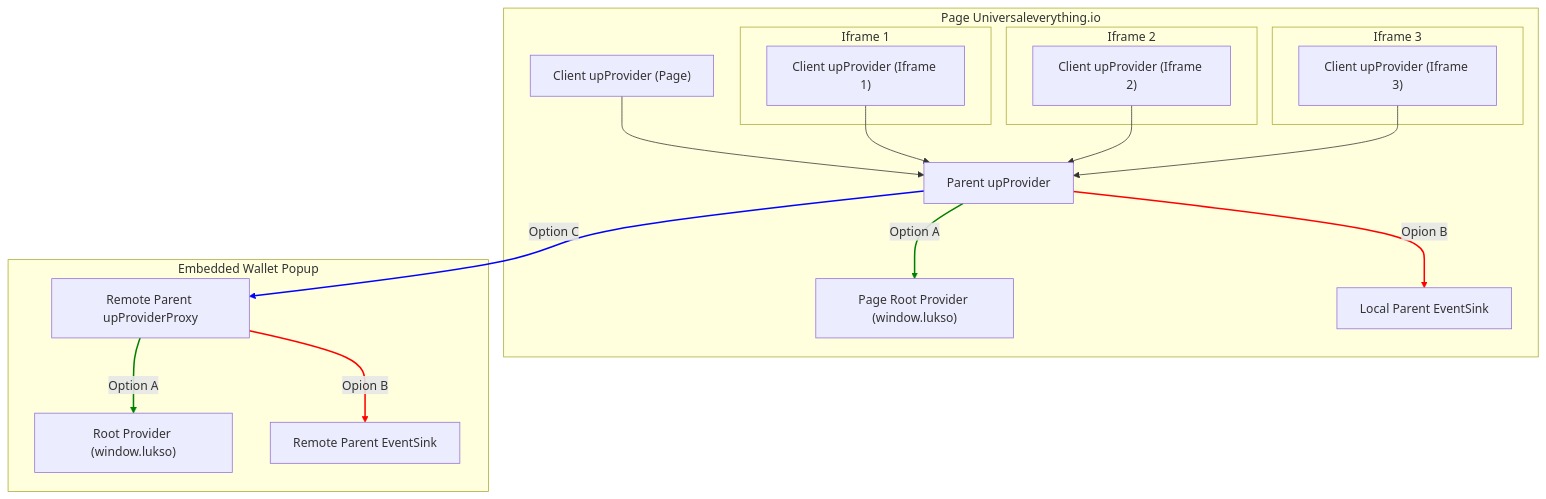
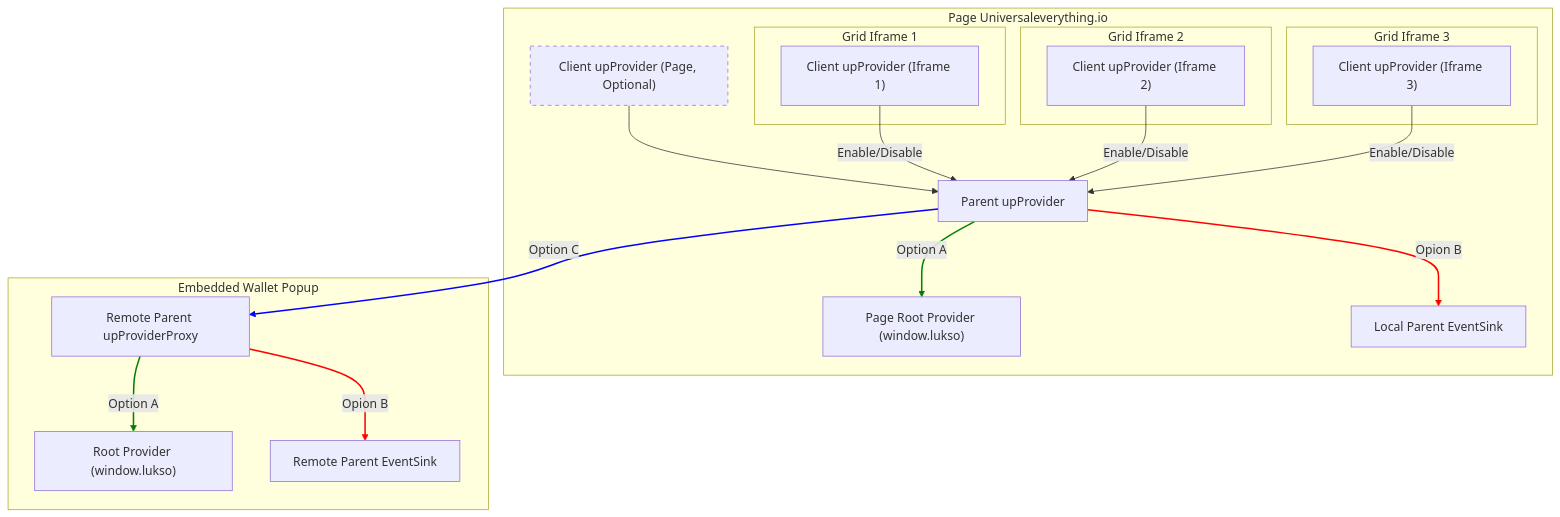
The diagram in packages/tools-lukso-provider/README.md (lukso-network/universalprofile-test-dapp), drawn with Mermaid before and after one commit.

Commit message:
fix: Repair diagram

````diff
--- a/packages/tools-lukso-provider/README.md
+++ b/packages/tools-lukso-provider/README.md
@@ -4,43 +4,46 @@
 ```mermaid
 graph TD
     %% Define the main page and its upProviders
     subgraph Page["Page Universaleverything.io"]
-        ClientUpPage["Client upProvider (Page)"]
+        ClientUpPage["Client upProvider (Page, Optional)"]:::dashed
         ParentUp["Parent upProvider"]
         ClientUpPage --> ParentUp
         ParentUp -- Option A --> PageRootProvider["Page Root Provider (window.lukso)"]
         ParentUp -- Opion B --> PageEventSink["Local Parent EventSink"]
 
         %% Define the iframes as part of the page
-        subgraph Iframe1["Iframe 1"]
+        subgraph Iframe1["Grid Iframe 1"]
             ClientUp1["Client upProvider (Iframe 1)"]
         end
         
-        subgraph Iframe2["Iframe 2"]
+        subgraph Iframe2["Grid Iframe 2"]
             ClientUp2["Client upProvider (Iframe 2)"]
         end
 
-        subgraph Iframe3["Iframe 3"]
+        subgraph Iframe3["Grid Iframe 3"]
             ClientUp3["Client upProvider (Iframe 3)"]
         end
     end
 
     %% Relationships between iframes and Parent upProvider within the Page
-    ClientUp1 --> ParentUp
-    ClientUp2 --> ParentUp
-    ClientUp3 --> ParentUp
+    ClientUp1 -- Enable/Disable --> ParentUp
+    ClientUp2 -- Enable/Disable --> ParentUp
+    ClientUp3 -- Enable/Disable --> ParentUp
     
     %% External connections from Parent upProvider
     subgraph Popup["Embedded Wallet Popup"]
       RemoteParent -- Option A --> RootProvider["Root Provider (window.lukso)"]
       RemoteParent -- Opion B --> EventSink["Remote Parent EventSink"]
       ParentUp -- Option C --> RemoteParent["Remote Parent upProviderProxy"]
 
       %% Link styles for green (Option A) and red (Option B) connections
       linkStyle 1 stroke:green, stroke-width:2px;
       linkStyle 2 stroke:red, stroke-width:2px;
       linkStyle 8 stroke:blue, stroke-width:2px;
       linkStyle 6 stroke:green, stroke-width:2px;
       linkStyle 7 stroke:red, stroke-width:2px;
+
+      %% Style for dashed nodes
+      classDef dashed stroke-dasharray: 5 5;
     end
 ```
````
